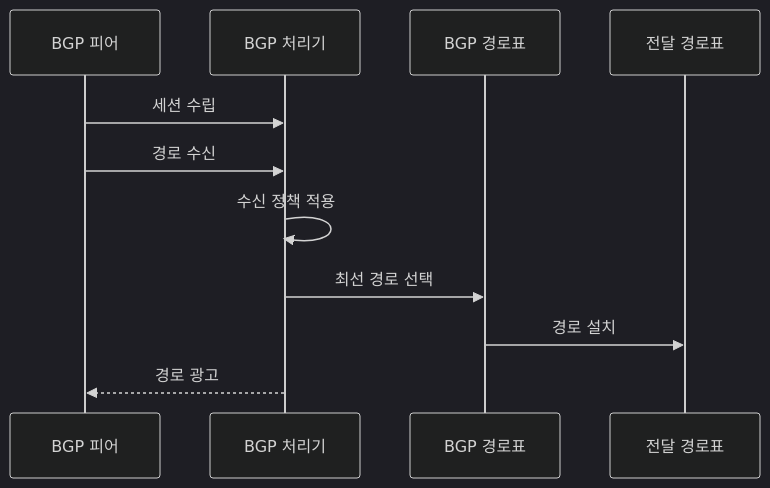
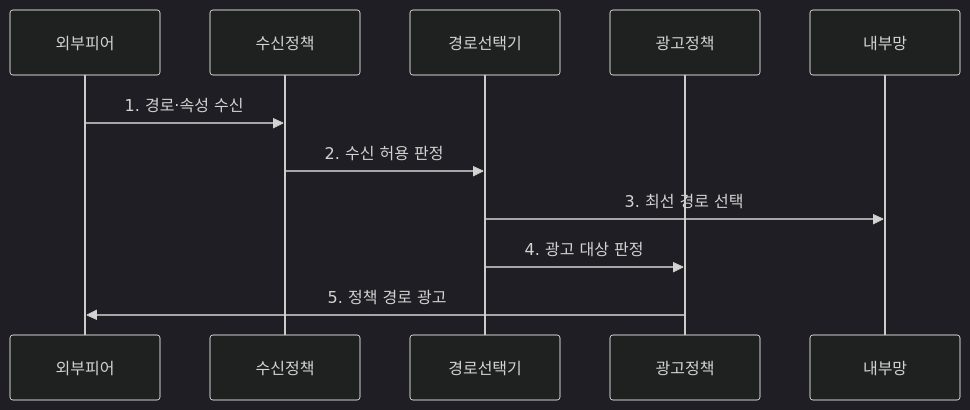
One commit to agnusdei1207/knowledge-base changed the second of 2 diagrams in src/content/docs/notes/04-network/012_bgp_border_gateway_protocol.md. Above: the diagram before and after it, drawn with Mermaid (dark theme). The commit also changed other lines of this file and 20 other files, not shown here.

````diff
--- a/src/content/docs/notes/04-network/012_bgp_border_gateway_protocol.md
+++ b/src/content/docs/notes/04-network/012_bgp_border_gateway_protocol.md
@@ -87,13 +89,13 @@
 ```mermaid
 sequenceDiagram
-    participant P as BGP 피어
-    participant B as BGP 처리기
-    participant R as BGP 경로표
-    participant F as 전달 경로표
-    P->>B: 세션 수립
-    P->>B: 경로 수신
-    B->>B: 수신 정책 적용
-    B->>R: 최선 경로 선택
-    R->>F: 경로 설치
-    B-->>P: 경로 광고
+    participant 외부피어
+    participant 수신정책
+    participant 경로선택기
+    participant 광고정책
+    participant 내부망
+    외부피어->>수신정책: 1. 경로·속성 수신
+    수신정책->>경로선택기: 2. 수신 허용 판정
+    경로선택기->>내부망: 3. 최선 경로 선택
+    경로선택기->>광고정책: 4. 광고 대상 판정
+    광고정책->>외부피어: 5. 정책 경로 광고
 ```
````
